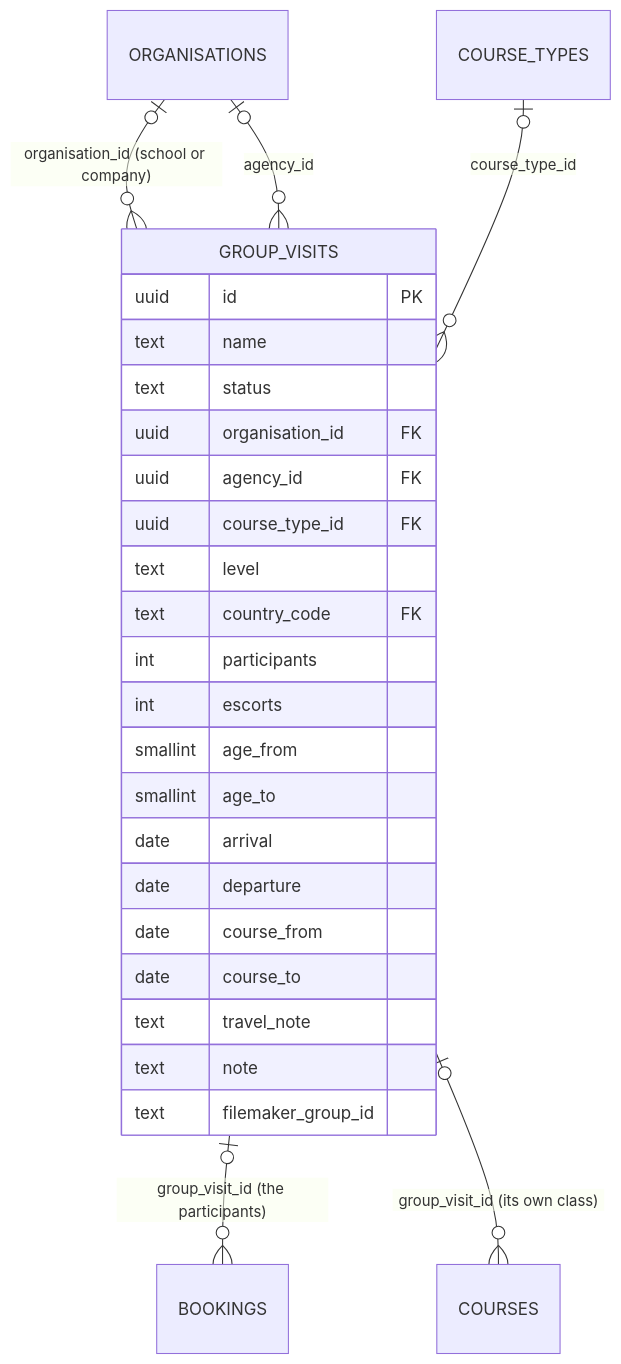
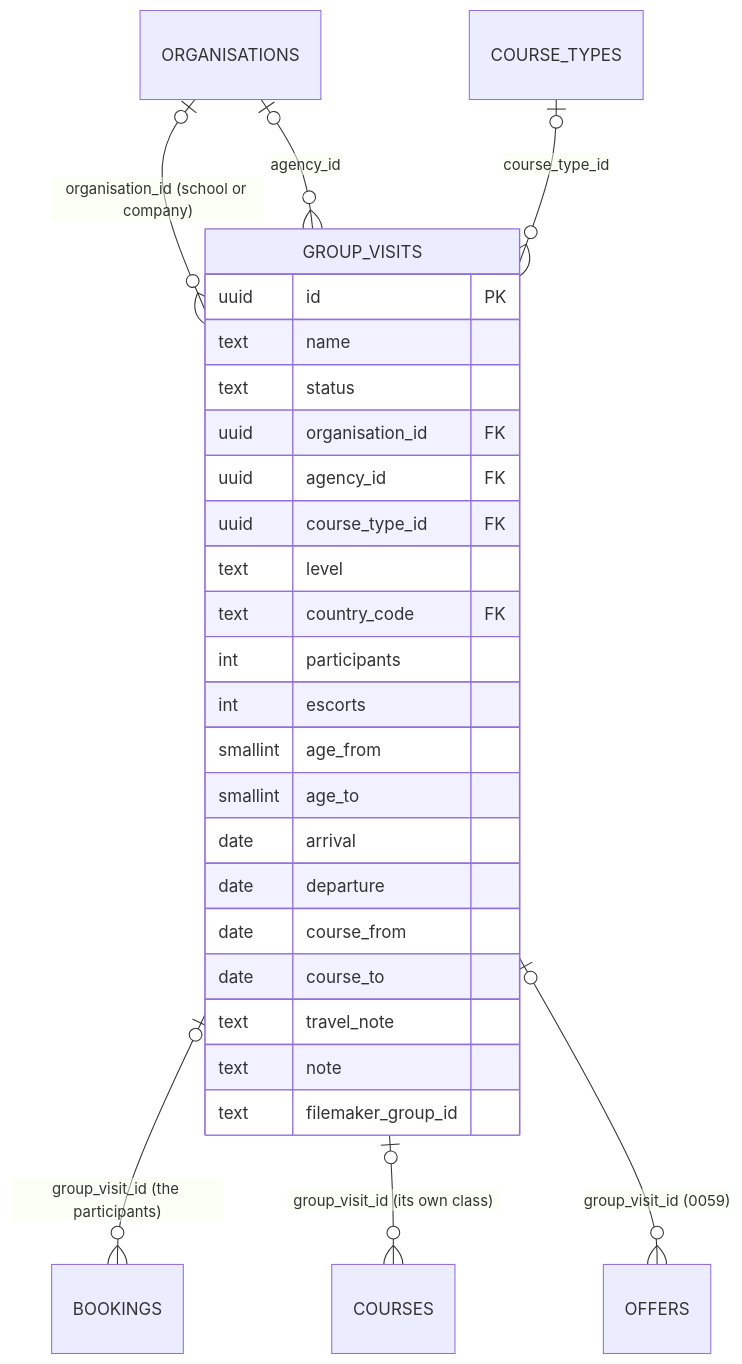
The eighth of 8 diagrams in docs/ERD.md (CASA-School/casa-website), drawn with Mermaid before and after one commit. The commit also changed 27 other files, not shown here.

````diff
--- a/docs/ERD.md
+++ b/docs/ERD.md
@@ -558,30 +558,31 @@
 ```mermaid
 erDiagram
   ORGANISATIONS o|--o{ GROUP_VISITS : "organisation_id (school or company)"
   ORGANISATIONS o|--o{ GROUP_VISITS : "agency_id"
   COURSE_TYPES o|--o{ GROUP_VISITS : course_type_id
   GROUP_VISITS o|--o{ BOOKINGS : "group_visit_id (the participants)"
   GROUP_VISITS o|--o{ COURSES : "group_visit_id (its own class)"
+  GROUP_VISITS o|--o{ OFFERS : "group_visit_id (0059)"
 
   GROUP_VISITS {
     uuid id PK
     text name
     text status
     uuid organisation_id FK
     uuid agency_id FK
     uuid course_type_id FK
     text level
     text country_code FK
     int participants
     int escorts
     smallint age_from
     smallint age_to
     date arrival
     date departure
     date course_from
     date course_to
     text travel_note
     text note
     text filemaker_group_id
   }
 ```
````
